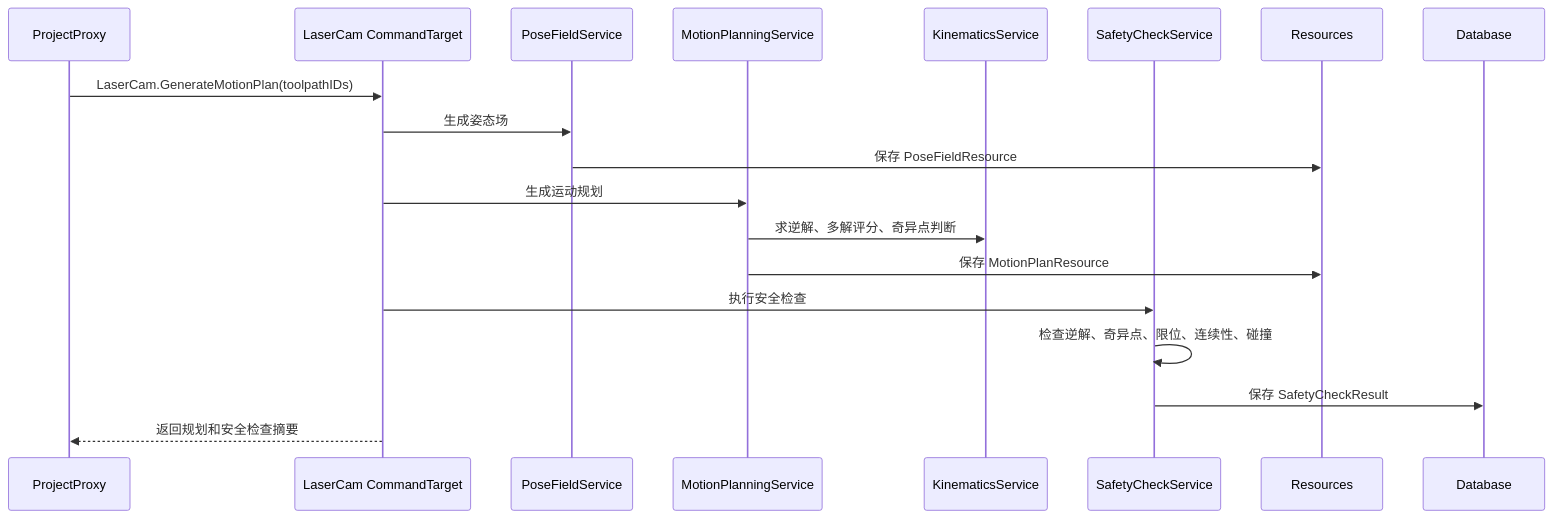
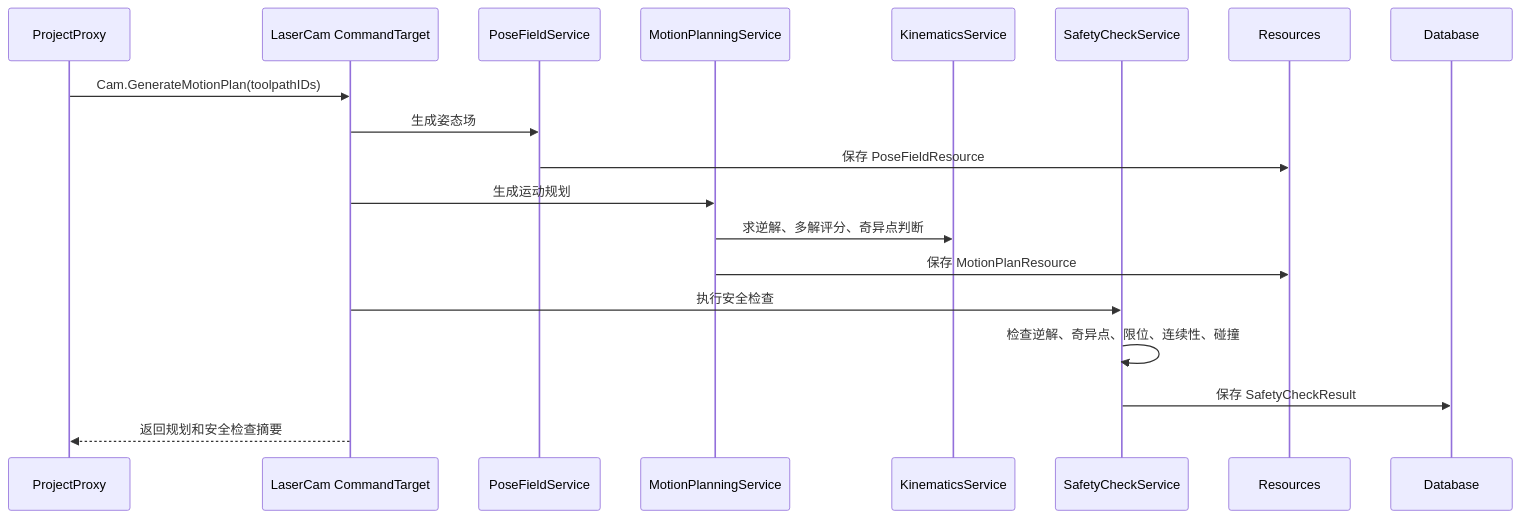
The fifth of 6 diagrams in doc/iCAX-Engine/Products/Laser3DCAM/三维线条切割CAM产品方案文档.md (penguinchiang0609-ui/iCAX), drawn with Mermaid before and after one commit. The commit also changed other lines of this file and 35358 other files, not shown here.

````diff
--- a/doc/iCAX-Engine/Products/Laser3DCAM/三维线条切割CAM产品方案文档.md
+++ b/doc/iCAX-Engine/Products/Laser3DCAM/三维线条切割CAM产品方案文档.md
@@ -879,22 +894,22 @@
 ```mermaid
 sequenceDiagram
     participant UI as ProjectProxy
     participant Cmd as LaserCam CommandTarget
     participant Pose as PoseFieldService
     participant Motion as MotionPlanningService
     participant IK as KinematicsService
     participant Safe as SafetyCheckService
     participant Res as Resources
     participant Repo as Database
 
-    UI->>Cmd: LaserCam.GenerateMotionPlan(toolpathIDs)
+    UI->>Cmd: Cam.GenerateMotionPlan(toolpathIDs)
     Cmd->>Pose: 生成姿态场
     Pose->>Res: 保存 PoseFieldResource
     Cmd->>Motion: 生成运动规划
     Motion->>IK: 求逆解、多解评分、奇异点判断
     Motion->>Res: 保存 MotionPlanResource
     Cmd->>Safe: 执行安全检查
     Safe->>Safe: 检查逆解、奇异点、限位、连续性、碰撞
     Safe->>Repo: 保存 SafetyCheckResult
     Cmd-->>UI: 返回规划和安全检查摘要
 ```
````
